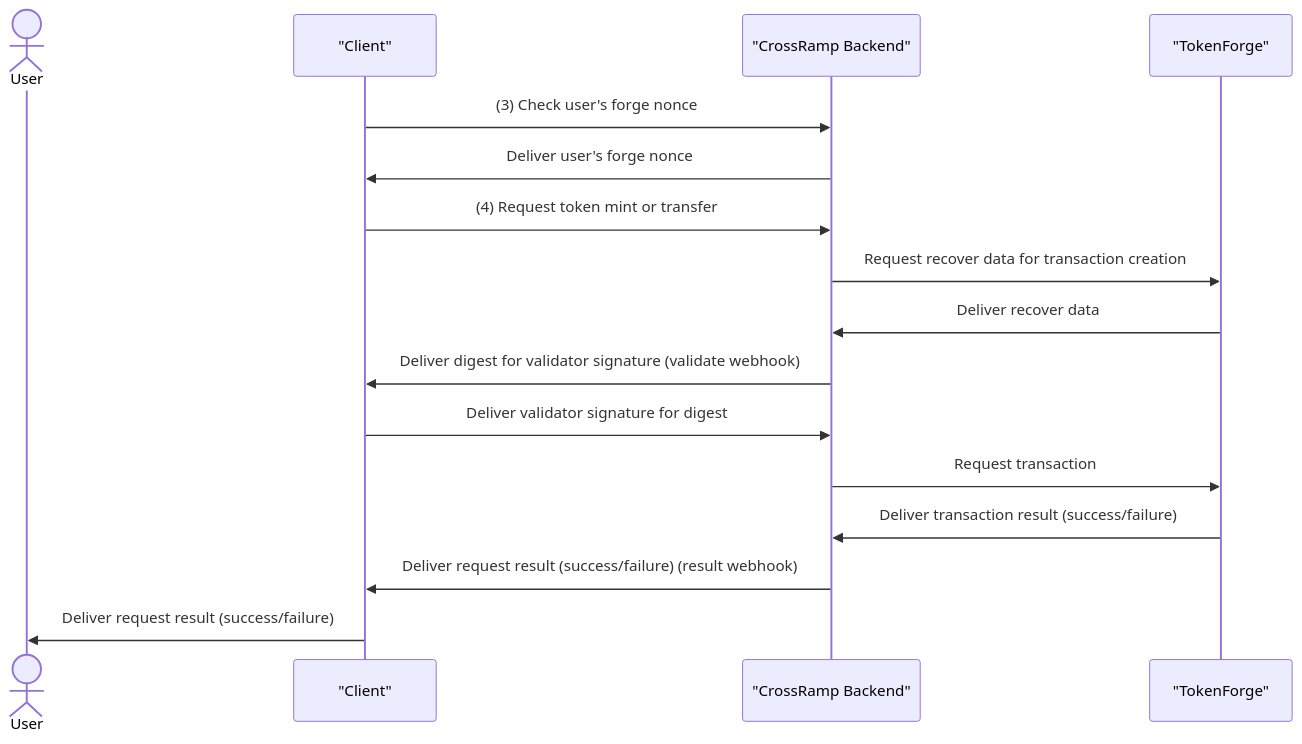
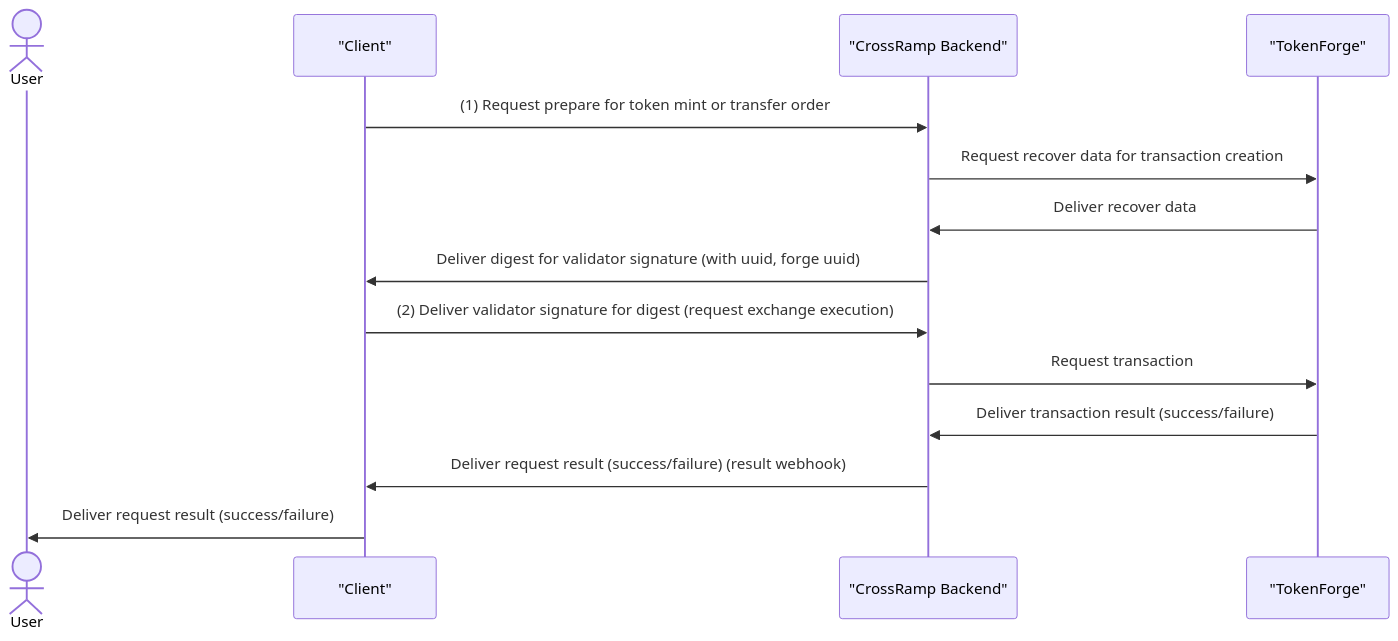
One commit to to-nexus/cross-ramp-integration-sample changed the second of 2 diagrams in GUIDE.md. Above: the diagram before and after it, drawn with Mermaid. The commit also changed other lines of this file and 1 other file, not shown here.

````diff
--- a/GUIDE.md
+++ b/GUIDE.md
@@ -578,20 +507,17 @@
 ```mermaid
 sequenceDiagram
     actor User
     participant Client as "Client"
     participant Backend as "CrossRamp Backend"
     participant TokenForge as "TokenForge"
 
-    Client->>Backend: (3) Check user's forge nonce
-    Backend->>Client: Deliver user's forge nonce
-
-    Client->>Backend: (4) Request token mint or transfer
+    Client->>Backend: (1) Request prepare for token mint or transfer order
     Backend->>TokenForge: Request recover data for transaction creation
     TokenForge->>Backend: Deliver recover data
-    Backend->>Client: Deliver digest for validator signature (validate webhook)
-    Client->>Backend: Deliver validator signature for digest
+    Backend->>Client: Deliver digest for validator signature (with uuid, forge uuid)
+    Client->>Backend: (2) Deliver validator signature for digest (request exchange execution)
     Backend->>TokenForge: Request transaction
     TokenForge->>Backend: Deliver transaction result (success/failure)
     Backend->>Client: Deliver request result (success/failure) (result webhook)
     Client->>User: Deliver request result (success/failure)
 ```
````
